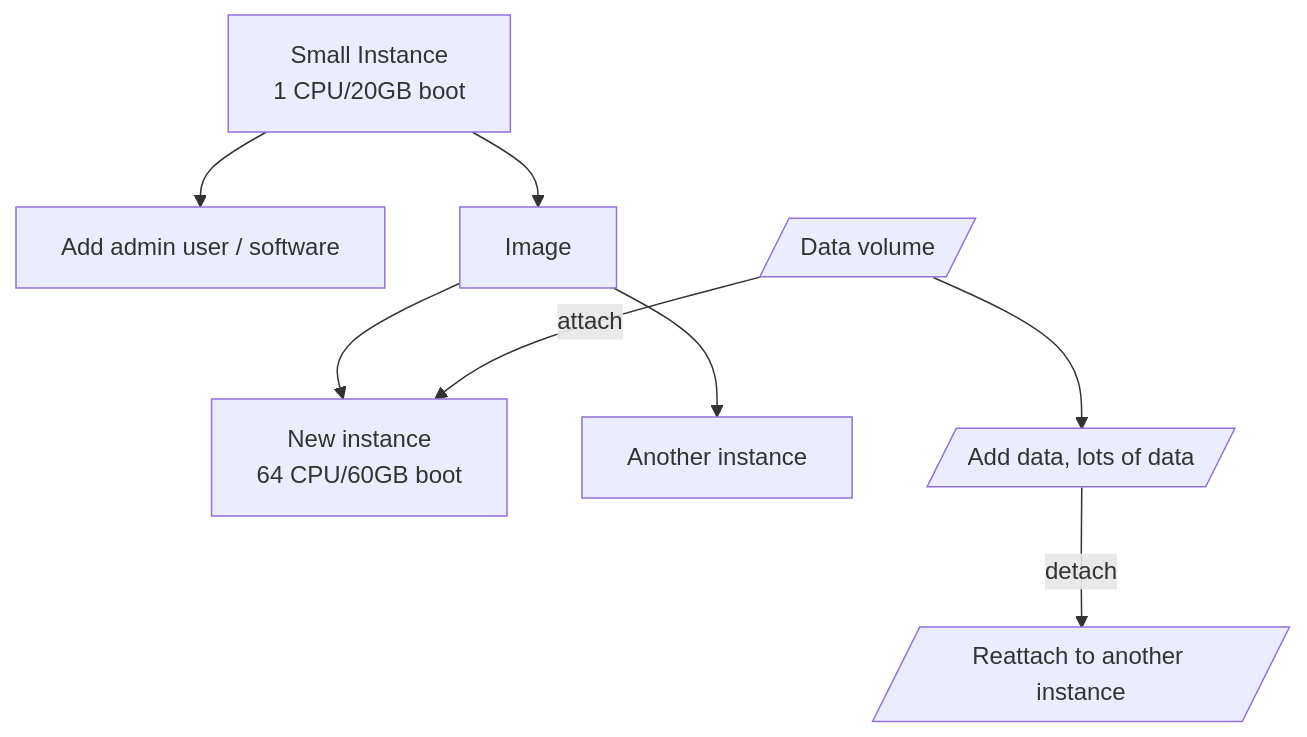
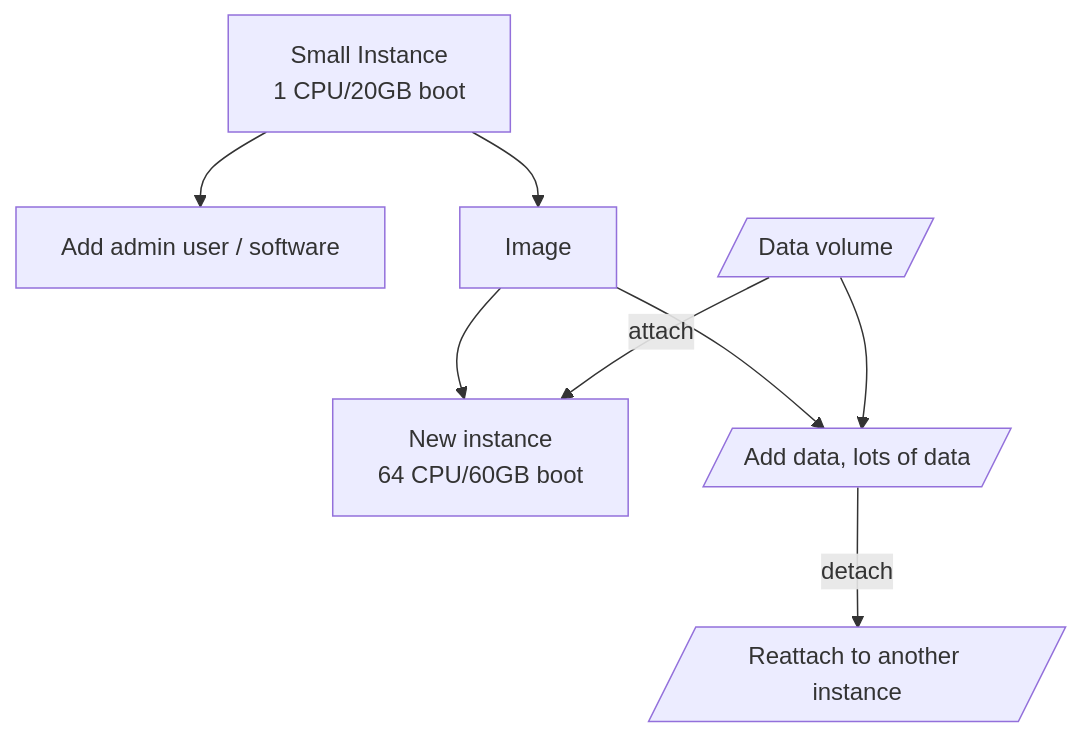
Before and after one commit to AntibodyEngineers/2024-Antibodies-and-AI: the diagram in getting-started.md, drawn with Mermaid.

````diff
--- a/getting-started.md
+++ b/getting-started.md
@@ -7,10 +7,10 @@
 ```mermaid
     graph TD
     
     A[Small Instance<br/>1 CPU/20GB boot] --> B[Add admin user / software]
     A-->C[Image] --> D[New instance<br/>64 CPU/60GB boot]
-    F[/Data volume/]
-    F -- attach --> D
-    C --> E[Another instance]
-    F-->G[/Add data, lots of data/] -- detach --> H[/Reattach to another instance/]
+    E[/Data volume/]
+    E -- attach --> D
+    C --> F[Another instance]
+    E-->F[/Add data, lots of data/] -- detach --> G[/Reattach to another instance/]
 ```
````
